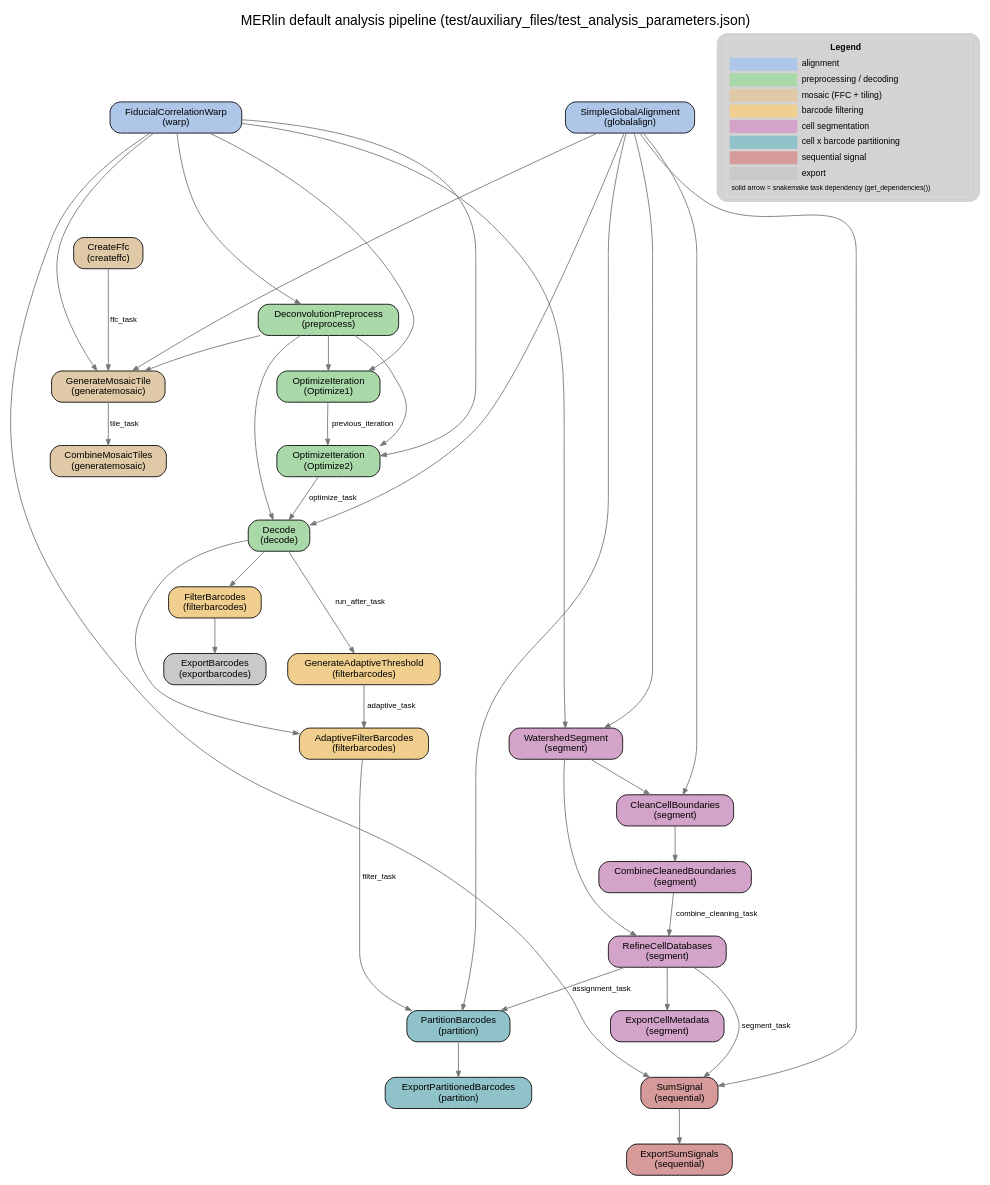
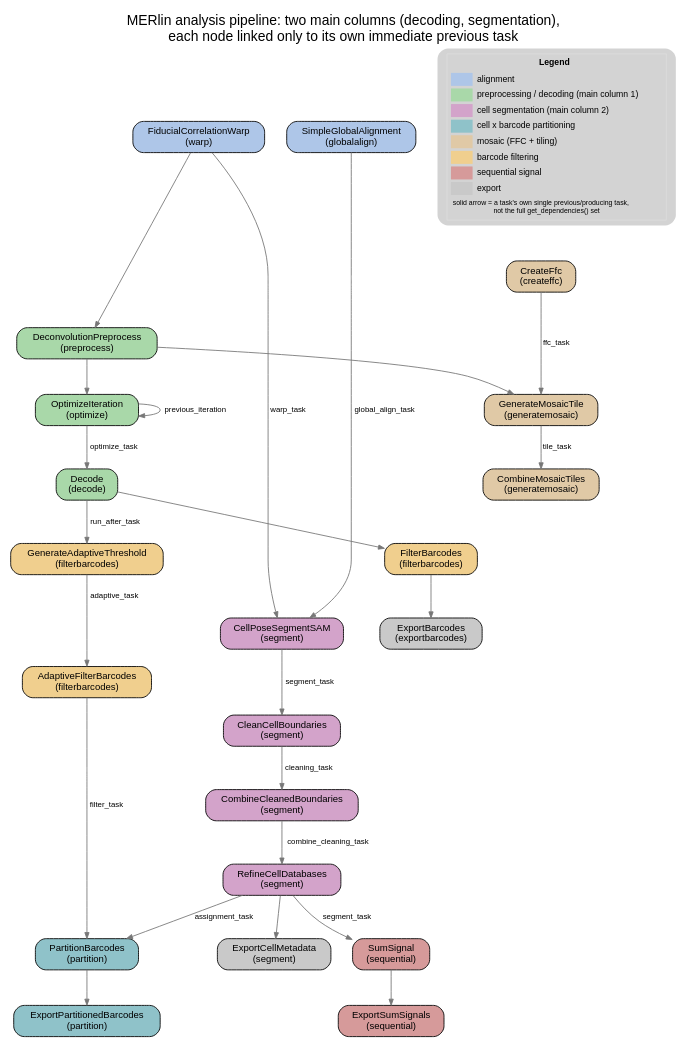
The diagram in docs/_static/merlin_pipeline_flow.dot (leonardosepulveda/MERlin), drawn with Graphviz before and after one commit. The commit also changed 2 other files, not shown here.

```diff
--- a/docs/_static/merlin_pipeline_flow.dot
+++ b/docs/_static/merlin_pipeline_flow.dot
@@ -1,122 +1,102 @@
 digraph merlin_pipeline_flow {
   rankdir=TB;
   fontname="Helvetica";
   labelloc="t";
   fontsize=16;
-  label="MERlin default analysis pipeline (test/auxiliary_files/test_analysis_parameters.json)";
+  label="MERlin analysis pipeline: two main columns (decoding, segmentation),\neach node linked only to its own immediate previous task";
   nodesep=0.35;
   ranksep=0.55;
   node [fontname="Helvetica", shape=box, style="filled,rounded", fontsize=11, margin="0.15,0.08"];
   edge [fontname="Helvetica", fontsize=9, color="#777777", arrowsize=0.7];
 
-  // -- shared root tasks (feed most of the columns below) --
+  // -- shared root tasks (feed the tops of both main columns) --
   FiducialCorrelationWarp [label="FiducialCorrelationWarp\n(warp)", fillcolor="#aec6e8", group="root"];
   SimpleGlobalAlignment   [label="SimpleGlobalAlignment\n(globalalign)", fillcolor="#aec6e8", group="root2"];
   {rank=same; FiducialCorrelationWarp; SimpleGlobalAlignment;}
 
-  // -- decoding column --
+  // -- main column 1: decoding (center-aligned) --
   DeconvolutionPreprocess [label="DeconvolutionPreprocess\n(preprocess)", fillcolor="#a9d8a9", group="decode"];
-  Optimize1 [label="OptimizeIteration\n(Optimize1)", fillcolor="#a9d8a9", group="decode"];
-  Optimize2 [label="OptimizeIteration\n(Optimize2)", fillcolor="#a9d8a9", group="decode"];
+  OptimizeIteration [label="OptimizeIteration\n(optimize)", fillcolor="#a9d8a9", group="decode"];
   Decode [label="Decode\n(decode)", fillcolor="#a9d8a9", group="decode"];
+  GenerateAdaptiveThreshold [label="GenerateAdaptiveThreshold\n(filterbarcodes)", fillcolor="#f0cf8e", group="decode"];
+  AdaptiveFilterBarcodes [label="AdaptiveFilterBarcodes\n(filterbarcodes)", fillcolor="#f0cf8e", group="decode"];
+  PartitionBarcodes [label="PartitionBarcodes\n(partition)", fillcolor="#8fc2c9", group="decode"];
+  ExportPartitionedBarcodes [label="ExportPartitionedBarcodes\n(partition)", fillcolor="#8fc2c9", group="decode"];
 
-  // -- barcode filtering (two alternative strategies, hang off Decode) --
-  FilterBarcodes [label="FilterBarcodes\n(filterbarcodes)", fillcolor="#f0cf8e", group="filter_fixed"];
-  ExportBarcodes [label="ExportBarcodes\n(exportbarcodes)", fillcolor="#c9c9c9", group="filter_fixed"];
-  GenerateAdaptiveThreshold [label="GenerateAdaptiveThreshold\n(filterbarcodes)", fillcolor="#f0cf8e", group="filter_adaptive"];
-  AdaptiveFilterBarcodes [label="AdaptiveFilterBarcodes\n(filterbarcodes)", fillcolor="#f0cf8e", group="filter_adaptive"];
-
-  // -- segmentation column --
-  WatershedSegment [label="WatershedSegment\n(segment)", fillcolor="#d3a3ca", group="segment"];
+  // -- main column 2: segmentation --
+  CellPoseSegmentSAM [label="CellPoseSegmentSAM\n(segment)", fillcolor="#d3a3ca", group="segment"];
   CleanCellBoundaries [label="CleanCellBoundaries\n(segment)", fillcolor="#d3a3ca", group="segment"];
   CombineCleanedBoundaries [label="CombineCleanedBoundaries\n(segment)", fillcolor="#d3a3ca", group="segment"];
   RefineCellDatabases [label="RefineCellDatabases\n(segment)", fillcolor="#d3a3ca", group="segment"];
-  ExportCellMetadata [label="ExportCellMetadata\n(segment)", fillcolor="#d3a3ca", group="segment_export"];
 
-  // -- partitioning (converges filtering + segmentation) --
-  PartitionBarcodes [label="PartitionBarcodes\n(partition)", fillcolor="#8fc2c9", group="partition"];
-  ExportPartitionedBarcodes [label="ExportPartitionedBarcodes\n(partition)", fillcolor="#8fc2c9", group="partition"];
-
-  // -- sequential signal (off segmentation) --
+  // -- side branches around the two main columns --
+  FilterBarcodes [label="FilterBarcodes\n(filterbarcodes)", fillcolor="#f0cf8e", group="filter_fixed"];
+  ExportBarcodes [label="ExportBarcodes\n(exportbarcodes)", fillcolor="#c9c9c9", group="filter_fixed"];
+  ExportCellMetadata [label="ExportCellMetadata\n(segment)", fillcolor="#c9c9c9", group="segment_export"];
   SumSignal [label="SumSignal\n(sequential)", fillcolor="#d69a9a", group="sequential"];
   ExportSumSignals [label="ExportSumSignals\n(sequential)", fillcolor="#d69a9a", group="sequential"];
-
-  // -- mosaic (independent side column) --
   CreateFfc [label="CreateFfc\n(createffc)", fillcolor="#e0c9a6", group="mosaic"];
   GenerateMosaicTile [label="GenerateMosaicTile\n(generatemosaic)", fillcolor="#e0c9a6", group="mosaic"];
   CombineMosaicTiles [label="CombineMosaicTiles\n(generatemosaic)", fillcolor="#e0c9a6", group="mosaic"];
 
-  // -- column order, left to right: mosaic | decoding | filtering | segmentation | partition | sequential --
+  // -- column order, left to right: mosaic | decoding (main) | filtering (side) | segmentation (main) | sequential --
   FiducialCorrelationWarp -> CreateFfc [style=invis];
   CreateFfc -> DeconvolutionPreprocess [style=invis];
   DeconvolutionPreprocess -> FilterBarcodes [style=invis];
-  FilterBarcodes -> GenerateAdaptiveThreshold [style=invis];
-  GenerateAdaptiveThreshold -> WatershedSegment [style=invis];
-  WatershedSegment -> PartitionBarcodes [style=invis];
-  PartitionBarcodes -> SumSignal [style=invis];
+  FilterBarcodes -> CellPoseSegmentSAM [style=invis];
+  CellPoseSegmentSAM -> SumSignal [style=invis];
 
-  // -- alignment / decode --
+  // -- main column 1: decoding, one incoming edge per node (own previous task) --
   FiducialCorrelationWarp -> DeconvolutionPreprocess;
-  FiducialCorrelationWarp -> Optimize1;
-  DeconvolutionPreprocess -> Optimize1;
-  FiducialCorrelationWarp -> Optimize2;
-  DeconvolutionPreprocess -> Optimize2;
-  Optimize1 -> Optimize2 [label="previous_iteration"];
-  DeconvolutionPreprocess -> Decode;
-  Optimize2 -> Decode [label="optimize_task"];
-  SimpleGlobalAlignment -> Decode;
+  DeconvolutionPreprocess -> OptimizeIteration;
+  OptimizeIteration -> OptimizeIteration [label="previous_iteration"];
+  OptimizeIteration -> Decode [label="optimize_task"];
+  Decode -> GenerateAdaptiveThreshold [label="run_after_task"];
+  GenerateAdaptiveThreshold -> AdaptiveFilterBarcodes [label="adaptive_task"];
+  AdaptiveFilterBarcodes -> PartitionBarcodes [label="filter_task"];
+  PartitionBarcodes -> ExportPartitionedBarcodes;
 
-  // -- filtering --
+  // -- main column 2: segmentation, one incoming edge per node (own previous task) --
+  FiducialCorrelationWarp -> CellPoseSegmentSAM [label="warp_task"];
+  SimpleGlobalAlignment -> CellPoseSegmentSAM [label="global_align_task"];
+  CellPoseSegmentSAM -> CleanCellBoundaries [label="segment_task"];
+  CleanCellBoundaries -> CombineCleanedBoundaries [label="cleaning_task"];
+  CombineCleanedBoundaries -> RefineCellDatabases [label="combine_cleaning_task"];
+
+  // -- convergence of the two main columns --
+  RefineCellDatabases -> PartitionBarcodes [label="assignment_task"];
+
+  // -- side branch: fixed-threshold barcode filtering, off Decode --
   Decode -> FilterBarcodes;
-  Decode -> GenerateAdaptiveThreshold [label="run_after_task"];
-  Decode -> AdaptiveFilterBarcodes;
-  GenerateAdaptiveThreshold -> AdaptiveFilterBarcodes [label="adaptive_task"];
   FilterBarcodes -> ExportBarcodes;
 
-  // -- segmentation --
-  FiducialCorrelationWarp -> WatershedSegment;
-  SimpleGlobalAlignment -> WatershedSegment;
-  WatershedSegment -> CleanCellBoundaries;
-  SimpleGlobalAlignment -> CleanCellBoundaries;
-  CleanCellBoundaries -> CombineCleanedBoundaries;
-  WatershedSegment -> RefineCellDatabases;
-  CombineCleanedBoundaries -> RefineCellDatabases [label="combine_cleaning_task"];
+  // -- side branch: cell metadata export, off RefineCellDatabases --
   RefineCellDatabases -> ExportCellMetadata;
 
-  // -- partitioning --
-  AdaptiveFilterBarcodes -> PartitionBarcodes [label="filter_task"];
-  RefineCellDatabases -> PartitionBarcodes [label="assignment_task"];
-  SimpleGlobalAlignment -> PartitionBarcodes;
-  PartitionBarcodes -> ExportPartitionedBarcodes;
-
-  // -- sequential signal --
-  FiducialCorrelationWarp -> SumSignal;
-  SimpleGlobalAlignment -> SumSignal;
+  // -- side branch: sequential signal, off RefineCellDatabases --
   RefineCellDatabases -> SumSignal [label="segment_task"];
   SumSignal -> ExportSumSignals;
 
-  // -- mosaic --
-  SimpleGlobalAlignment -> GenerateMosaicTile;
-  FiducialCorrelationWarp -> GenerateMosaicTile;
+  // -- side branch: mosaic, off DeconvolutionPreprocess + CreateFfc --
   DeconvolutionPreprocess -> GenerateMosaicTile;
   CreateFfc -> GenerateMosaicTile [label="ffc_task"];
   GenerateMosaicTile -> CombineMosaicTiles [label="tile_task"];
 
   // -- legend: one compact HTML-table node, so it can't be stretched
   // across the diagram's full rank range the way a chain of separate
   // legend nodes would be --
   legend [shape=plaintext, fontsize=10, label=<
     <TABLE BORDER="1" COLOR="#dddddd" CELLBORDER="0" CELLSPACING="3" CELLPADDING="2">
       <TR><TD COLSPAN="2"><B>Legend</B></TD></TR>
       <TR><TD BGCOLOR="#aec6e8" WIDTH="18"></TD><TD ALIGN="LEFT">alignment</TD></TR>
-      <TR><TD BGCOLOR="#a9d8a9"></TD><TD ALIGN="LEFT">preprocessing / decoding</TD></TR>
+      <TR><TD BGCOLOR="#a9d8a9"></TD><TD ALIGN="LEFT">preprocessing / decoding (main column 1)</TD></TR>
+      <TR><TD BGCOLOR="#d3a3ca"></TD><TD ALIGN="LEFT">cell segmentation (main column 2)</TD></TR>
+      <TR><TD BGCOLOR="#8fc2c9"></TD><TD ALIGN="LEFT">cell x barcode partitioning</TD></TR>
       <TR><TD BGCOLOR="#e0c9a6"></TD><TD ALIGN="LEFT">mosaic (FFC + tiling)</TD></TR>
       <TR><TD BGCOLOR="#f0cf8e"></TD><TD ALIGN="LEFT">barcode filtering</TD></TR>
-      <TR><TD BGCOLOR="#d3a3ca"></TD><TD ALIGN="LEFT">cell segmentation</TD></TR>
-      <TR><TD BGCOLOR="#8fc2c9"></TD><TD ALIGN="LEFT">cell x barcode partitioning</TD></TR>
       <TR><TD BGCOLOR="#d69a9a"></TD><TD ALIGN="LEFT">sequential signal</TD></TR>
       <TR><TD BGCOLOR="#c9c9c9"></TD><TD ALIGN="LEFT">export</TD></TR>
-      <TR><TD COLSPAN="2" ALIGN="LEFT"><FONT POINT-SIZE="8">solid arrow = snakemake task dependency (get_dependencies())</FONT></TD></TR>
+      <TR><TD COLSPAN="2" ALIGN="LEFT"><FONT POINT-SIZE="8">solid arrow = a task's own single previous/producing task,<BR ALIGN="LEFT"/>not the full get_dependencies() set</FONT></TD></TR>
     </TABLE>
   >];
 }
```
